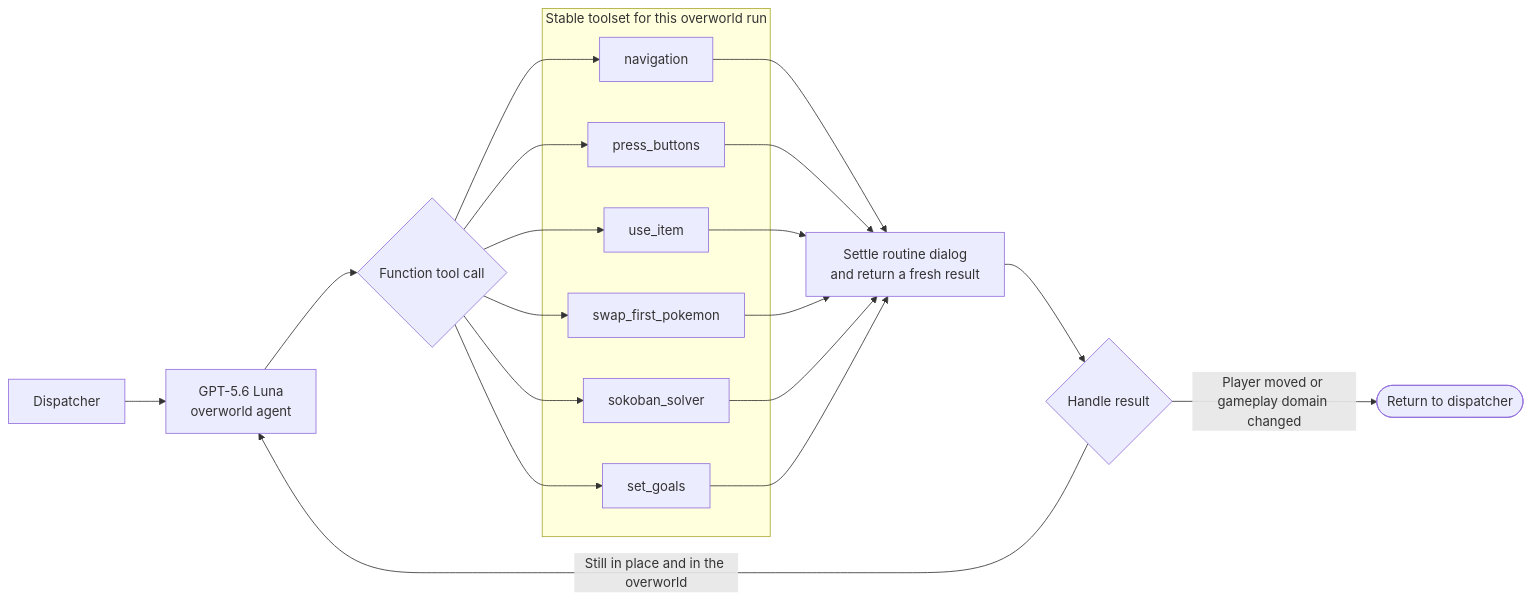
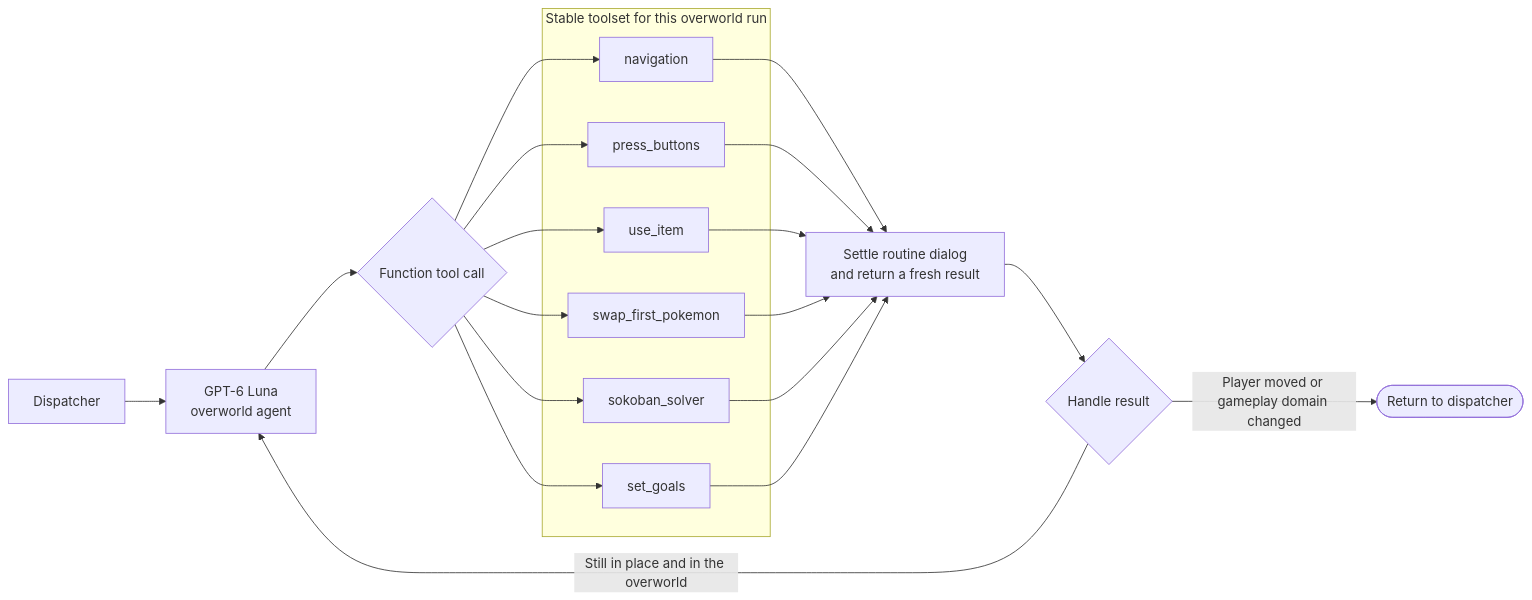
One commit to clambro/ai-plays-pokemon changed the second of 4 diagrams in docs/architecture.md. Above: the diagram before and after it, drawn with Mermaid. The commit also changed other lines of this file and 5 other files, not shown here.

First line of the commit message:
Switch agent to GPT-6 Luna (#122)

````diff
--- a/docs/architecture.md
+++ b/docs/architecture.md
@@ -35,32 +35,32 @@
 ```mermaid
 flowchart LR
-    dispatch["Dispatcher"] --> agent["GPT-5.6 Luna<br/>overworld agent"]
+    dispatch["Dispatcher"] --> agent["GPT-6 Luna<br/>overworld agent"]
     agent --> choice{"Function tool call"}
 
     subgraph toolset["Stable toolset for this overworld run"]
         navigate["navigation"]
         buttons["press_buttons"]
         item["use_item"]
         swap["swap_first_pokemon"]
         sokoban["sokoban_solver"]
         set_goals["set_goals"]
     end
 
     choice --> navigate
     choice --> buttons
     choice --> item
     choice --> swap
     choice --> sokoban
     choice --> set_goals
 
     navigate --> settle["Settle routine dialog<br/>and return a fresh result"]
     buttons --> settle
     item --> settle
     swap --> settle
     sokoban --> settle
     set_goals --> settle
 
     settle --> continue{"Handle result"}
     continue -->|"Still in place and in the overworld"| agent
     continue -->|"Player moved or gameplay domain changed"| finish(["Return to dispatcher"])
 ```
````
